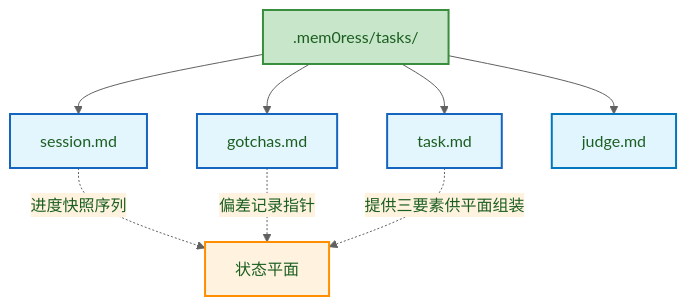
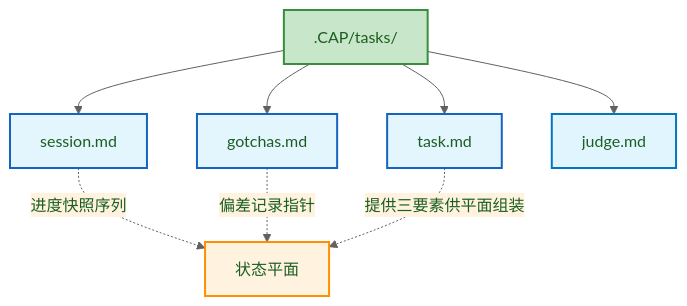
One commit to Lazyn0tBug/mem0ress changed the seventh of 7 diagrams in docs/spec.md. Above: the diagram before and after it, drawn with Mermaid. The commit also changed other lines of this file, not shown here.

Commit message:
refactor(docs): 重写§3.4——认知所有权模型+边界两层结构，含Agent/Runtime分工箭头图

````diff
--- a/docs/spec.md
+++ b/docs/spec.md
@@ -468,29 +474,29 @@
 ```mermaid
-%% label：.mem0ress 文件树与概念映射
+%% label：.CAP 文件树与概念映射
 %%{ init: { 'theme': 'base', 'themeVariables': { 'primaryColor': '#e8f5e9', 'primaryTextColor': '#1b5e20', 'primaryBorderColor': '#388e3c', 'lineColor': '#616161', 'secondaryColor': '#fff3e0', 'tertiaryColor': '#fafafa' } } }%%
 graph TD
-    ROOT[".mem0ress/tasks/"]
+    ROOT[".CAP/tasks/"]
     TMPL["task.md"]
     SESS["session.md"]
     GOT["gotchas.md"]
     JDG["judge.md"]
 
     ROOT --> TMPL
     ROOT --> SESS
     ROOT --> GOT
     ROOT --> JDG
 
     SESS -.->|进度快照序列| SP["状态平面"]
     GOT -.->|偏差记录指针| SP
     TMPL -.->|提供三要素供平面组装| SP
 
     classDef dir fill:#c8e6c9,stroke:#388e3c,stroke-width:2px;
     classDef file fill:#e3f5fd,stroke:#1565c0,stroke-width:2px;
     classDef judge fill:#e1f5fe,stroke:#0277bd,stroke-width:2px;
     classDef plane fill:#fff3e0,stroke:#ff8f00,stroke-width:2px;
     classDef ref fill:#fff3e0,stroke:#ff8f00,stroke-width:1px,stroke-dasharray:5,5;
     class ROOT dir;
     class TMPL,SESS,GOT file;
     class JDG judge;
     class SP plane;
 ```
````
